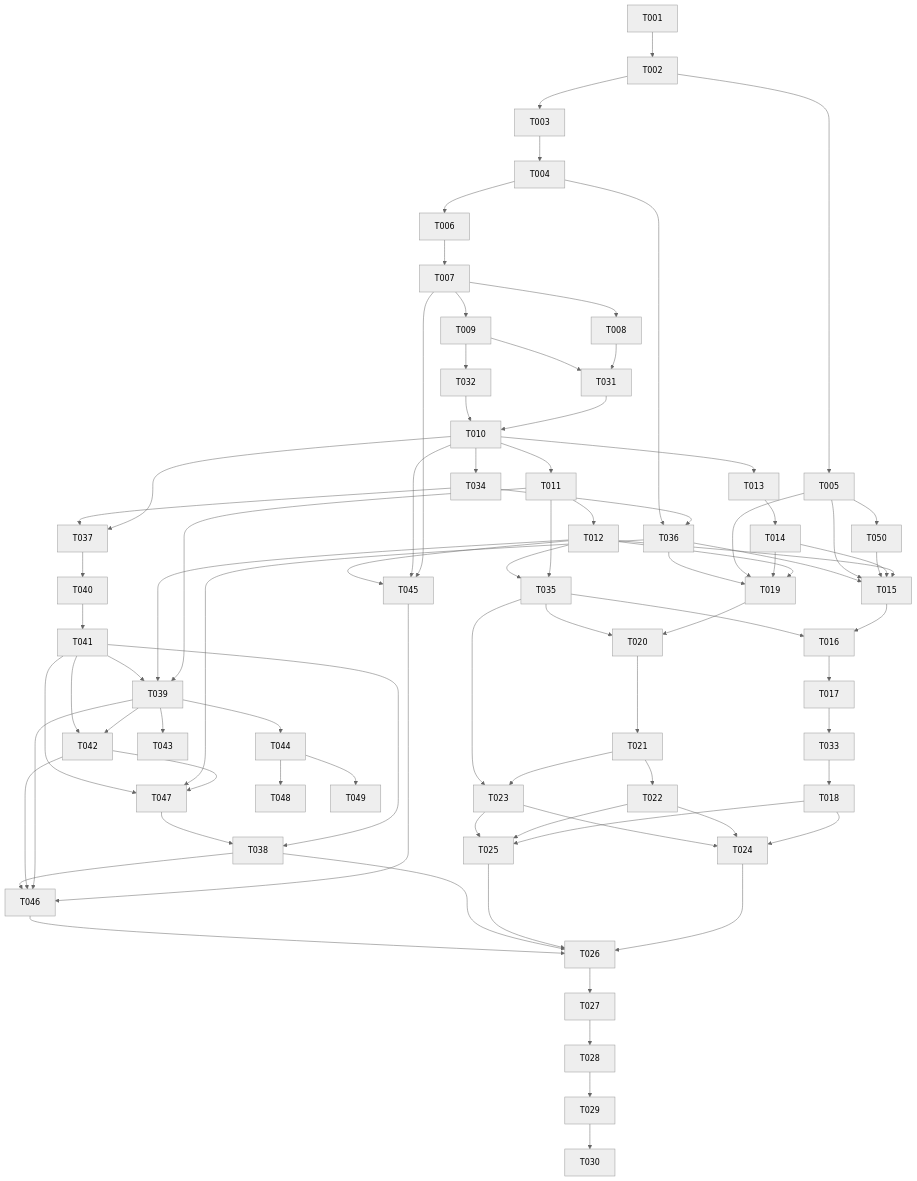
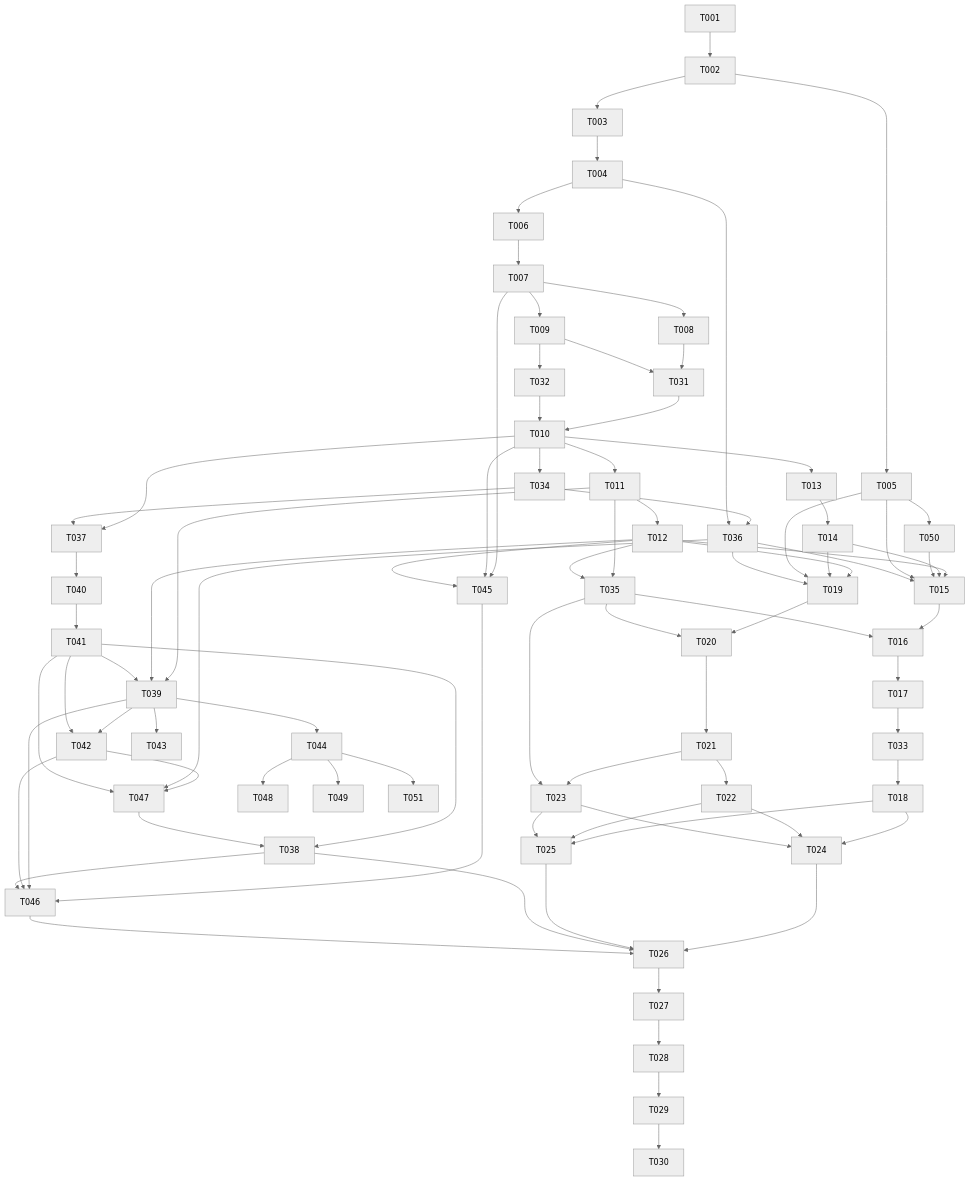
Before and after one commit to ronronner02/multi-agent: the diagram in docs/tasks/2026-10-13-001-feat-multi-agent-team-tasks.md, drawn with Mermaid (neutral theme). The commit also changed other lines of this file and 1 other file, not shown here.

````diff
--- a/docs/tasks/2026-10-13-001-feat-multi-agent-team-tasks.md
+++ b/docs/tasks/2026-10-13-001-feat-multi-agent-team-tasks.md
@@ -120,71 +120,72 @@
 ```mermaid
 flowchart TD
   T001 --> T002
   T002 --> T003 --> T004 --> T006 --> T007
   T002 --> T005
   T007 --> T008
   T007 --> T009
   T008 --> T031
   T009 --> T031
   T009 --> T032
   T031 --> T010
   T032 --> T010
   T010 --> T011 --> T012
   T010 --> T013 --> T014
   T012 --> T015
   T014 --> T015
   T005 --> T050 --> T015
   T005 --> T015
   T015 --> T016 --> T017 --> T033 --> T018
   T012 --> T019
   T014 --> T019
   T005 --> T019
   T019 --> T020 --> T021
   T021 --> T022
   T021 --> T023
   T018 --> T024
   T022 --> T024
   T023 --> T024
   T018 --> T025
   T022 --> T025
   T023 --> T025
   T024 --> T026
   T025 --> T026
   T010 --> T034 --> T036
   T010 --> T037
   T034 --> T037
   T037 --> T040
   T040 --> T041
   T041 --> T038
   T011 --> T039
   T012 --> T039
   T041 --> T039
   T039 --> T042
   T039 --> T043
   T039 --> T044
   T044 --> T048
   T044 --> T049
+  T044 --> T051
   T041 --> T042
   T042 --> T047
   T036 --> T047
   T041 --> T047
   T047 --> T038
   T038 --> T026
   T007 --> T045
   T010 --> T045
   T012 --> T045
   T045 --> T046
   T039 --> T046
   T042 --> T046
   T038 --> T046
   T046 --> T026
   T004 --> T036
   T036 --> T015
   T036 --> T019
   T011 --> T035
   T012 --> T035
   T035 --> T016
   T035 --> T020
   T035 --> T023
   T026 --> T027 --> T028 --> T029 --> T030
 ```
````
